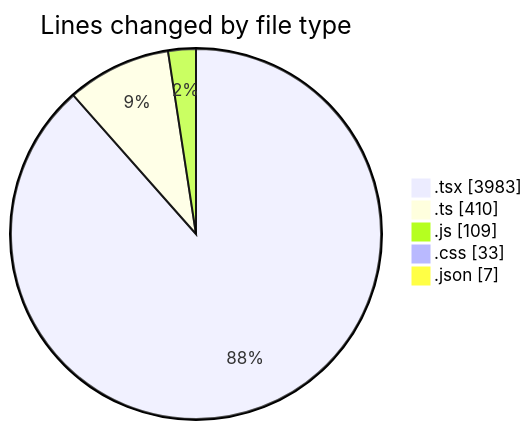
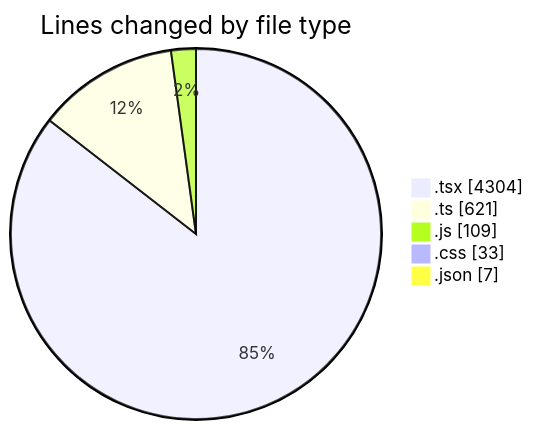
One commit to robertbonfada/code-tracking changed the first of 2 diagrams in 2025-01-17/mbc-web/README.md. Above: the diagram before and after it, drawn with Mermaid. The commit also changed other lines of this file and 2 other files, not shown here.

````diff
--- a/2025-01-17/mbc-web/README.md
+++ b/2025-01-17/mbc-web/README.md
@@ -40,9 +43,9 @@
 ```mermaid
 pie showData
 title Lines changed by file type
-".tsx" : 3983
-".ts" : 410
+".tsx" : 4304
+".ts" : 621
 ".js" : 109
 ".css" : 33
 ".json" : 7
 ```
````
